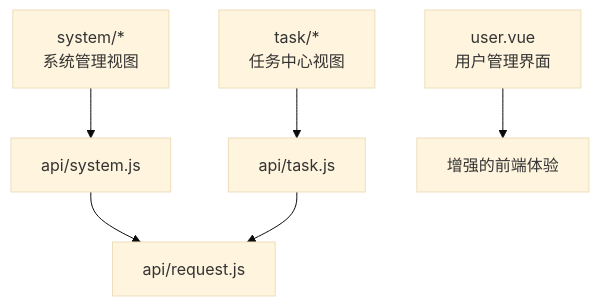
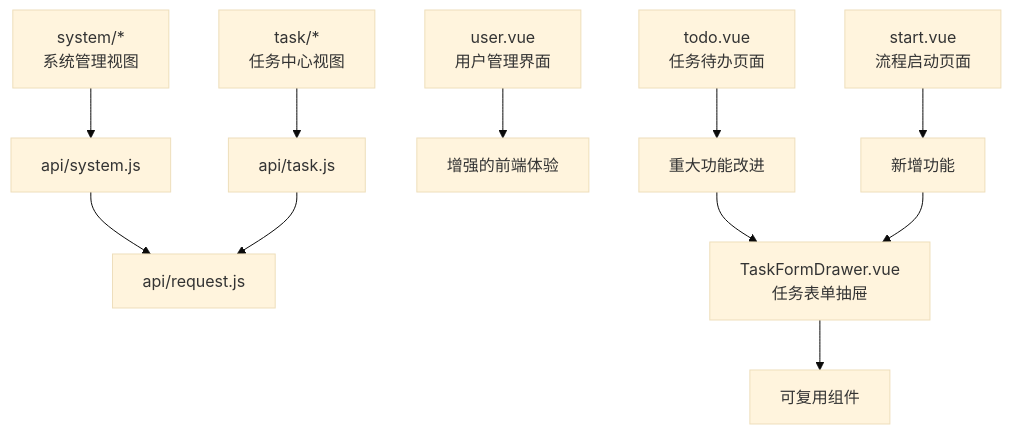
The eighth of 11 diagrams in .qoder/repowiki/zh/content/用户界面设计/用户界面设计.md (liming-lihaini/workflow), drawn with Mermaid (base theme) before and after one commit. The commit also changed other lines of this file and 57 other files, not shown here.

````diff
--- a/.qoder/repowiki/zh/content/用户界面设计/用户界面设计.md
+++ b/.qoder/repowiki/zh/content/用户界面设计/用户界面设计.md
@@ -377,8 +404,13 @@
 ```mermaid
 graph TB
 SYS["system/*<br/>系统管理视图"] --> API_SYS["api/system.js"]
 TASK["task/*<br/>任务中心视图"] --> API_TASK["api/task.js"]
 API_SYS --> REQ["api/request.js"]
 API_TASK --> REQ
 USER_VUE["user.vue<br/>用户管理界面"] --> ENHANCED_UI["增强的前端体验"]
+TASK_TODO["todo.vue<br/>任务待办页面"] --> TASK_ENHANCE["重大功能改进"]
+TASK_START["start.vue<br/>流程启动页面"] --> NEW_FEATURE["新增功能"]
+TASK_DRAWER["TaskFormDrawer.vue<br/>任务表单抽屉"] --> TASK_COMPONENT["可复用组件"]
+TASK_ENHANCE --> TASK_DRAWER
+NEW_FEATURE --> TASK_DRAWER
 ```
````
